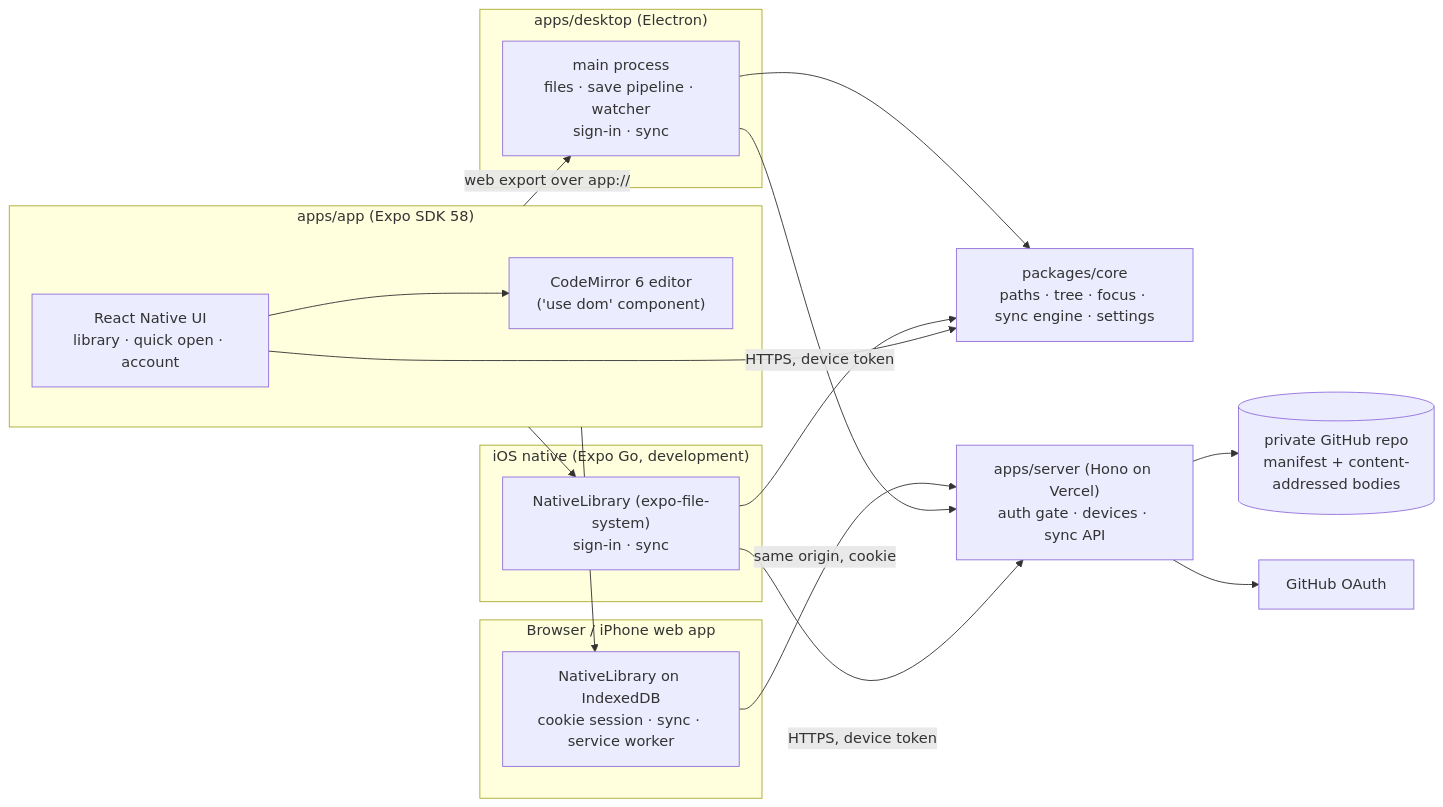
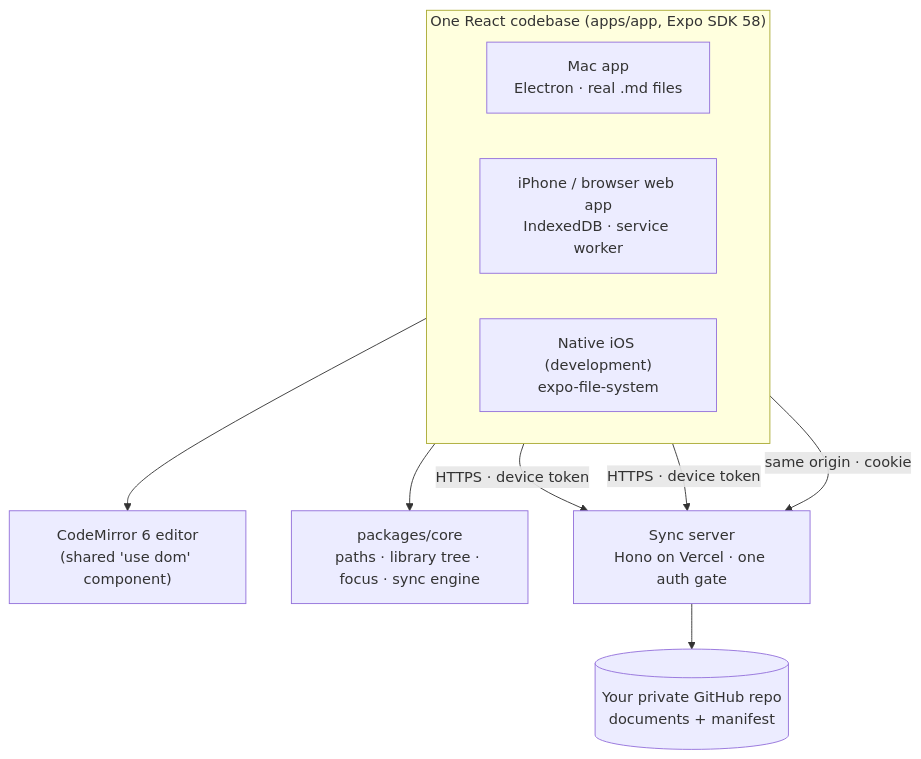
The diagram in README.md (lyonsv/writing), drawn with Mermaid before and after one commit. The commit also changed other lines of this file, not shown here.

Commit message:
docs(readme): product page: icon + wordmark hero, badges, nav, Mac+iPhone hero image, feature grid, focus-mode GIF, screenshot gallery, install on iPhone, architecture diagram, details for long tables

````diff
--- a/README.md
+++ b/README.md
@@ -86,33 +183,20 @@
 ```mermaid
-flowchart LR
-  subgraph app["apps/app (Expo SDK 58)"]
-    UI["React Native UI\nlibrary · quick open · account"]
-    ED["CodeMirror 6 editor\n('use dom' component)"]
+flowchart TB
+  subgraph clients["One React codebase (apps/app, Expo SDK 58)"]
+    direction LR
+    MAC["Mac app<br/>Electron · real .md files"]
+    WEB["iPhone / browser web app<br/>IndexedDB · service worker"]
+    IOS["Native iOS (development)<br/>expo-file-system"]
   end
-  subgraph desktop["apps/desktop (Electron)"]
-    MAIN["main process\nfiles · save pipeline · watcher\nsign-in · sync"]
-  end
-  subgraph web["Browser / iPhone web app"]
-    IDB["NativeLibrary on IndexedDB\ncookie session · sync · service worker"]
-  end
-  subgraph ios["iOS native (Expo Go, development)"]
-    NAT["NativeLibrary (expo-file-system)\nsign-in · sync"]
-  end
-  CORE["packages/core\npaths · tree · focus · sync engine · settings"]
-  SRV["apps/server (Hono on Vercel)\nauth gate · devices · sync API"]
-  REPO[("private GitHub repo\nmanifest + content-addressed bodies")]
-  GH["GitHub OAuth"]
+  ED["CodeMirror 6 editor<br/>(shared 'use dom' component)"]
+  CORE["packages/core<br/>paths · library tree · focus · sync engine"]
+  SRV["Sync server<br/>Hono on Vercel · one auth gate"]
+  REPO[("Your private GitHub repo<br/>documents + manifest")]
 
-  UI --> ED
-  app -- "web export over app://" --> MAIN
-  app --> NAT
-  app --> IDB
-  IDB -- "same origin, cookie" --> SRV
-  MAIN --> CORE
-  NAT --> CORE
-  UI --> CORE
-  MAIN -- "HTTPS, device token" --> SRV
-  NAT -- "HTTPS, device token" --> SRV
+  clients --> ED
+  clients --> CORE
+  MAC -- "HTTPS · device token" --> SRV
+  IOS -- "HTTPS · device token" --> SRV
+  WEB -- "same origin · cookie" --> SRV
   SRV --> REPO
-  SRV --> GH
 ```
````
